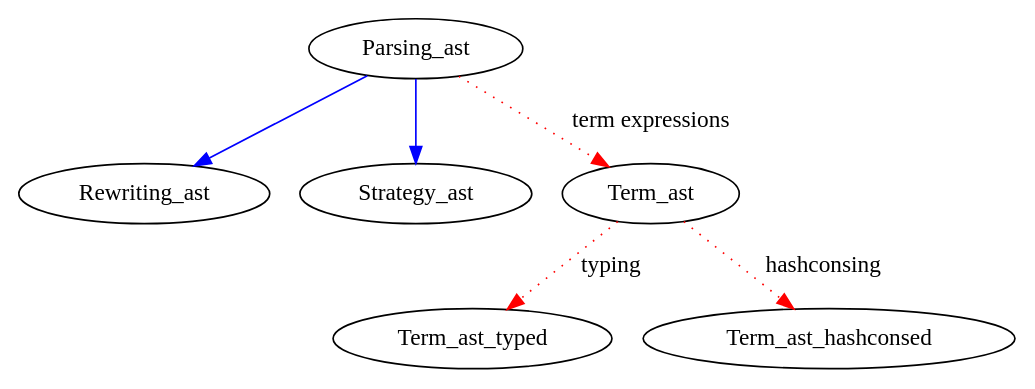
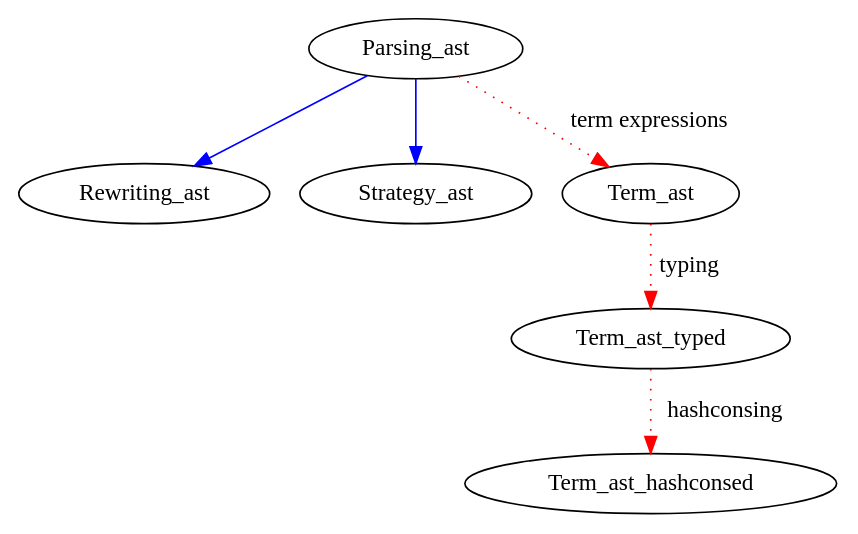
The diagram in presentation/imports/asts.dot (fredokun/nominal-workbench), drawn with Graphviz before and after one commit. The commit also changed 1 other file, not shown here.

```diff
--- a/presentation/imports/asts.dot
+++ b/presentation/imports/asts.dot
@@ -1,11 +1,11 @@
 digraph asts {
 				Parsing_ast -> Rewriting_ast[color=blue];
 				Parsing_ast -> Strategy_ast[color=blue];			
 				Parsing_ast -> Term_ast [color=red, style=dotted
 										label="term expressions"];
 				Term_ast -> Term_ast_typed [color=red, style=dotted
 										label="typing"]
-				Term_ast -> Term_ast_hashconsed [color=red, style=dotted
+				Term_ast_typed -> Term_ast_hashconsed [color=red, style=dotted
 										label="hashconsing"]
 
 }
```
